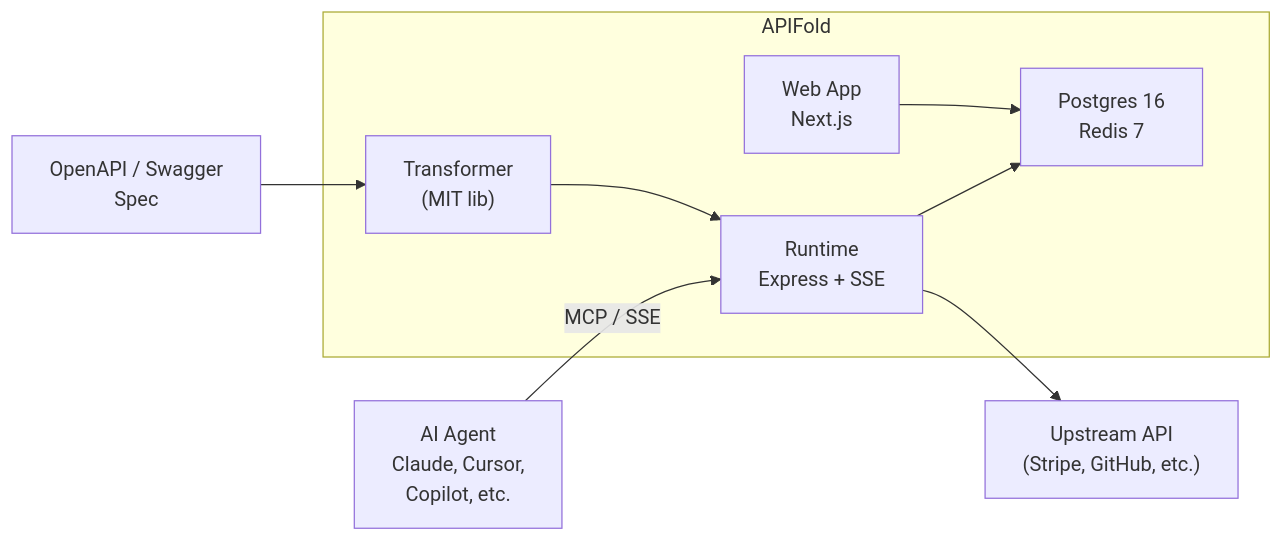
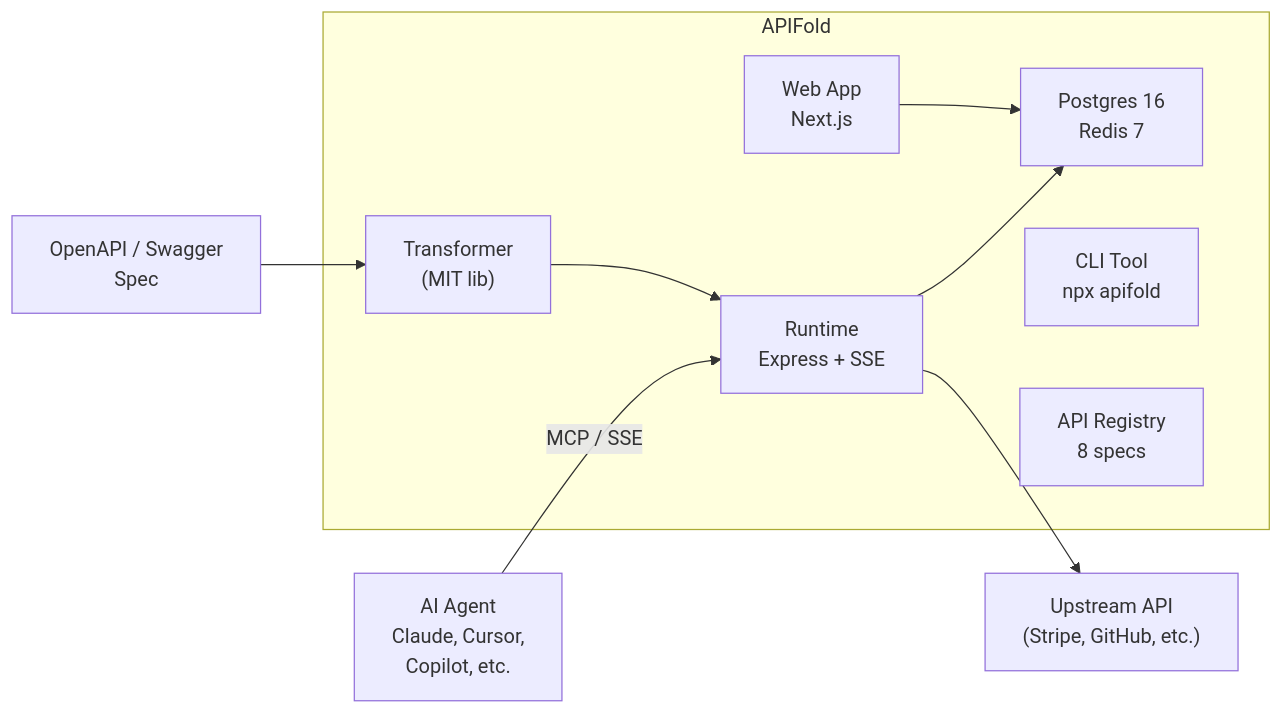
The diagram in README.md (Work90210/APIFold), drawn with Mermaid before and after one commit. The commit also changed other lines of this file, not shown here.

First line of the commit message:
docs: update README with CLI, OAuth, registry, analytics, and custom domains

````diff
--- a/README.md
+++ b/README.md
@@ -117,14 +133,16 @@
 ```mermaid
 graph LR
     Spec["OpenAPI / Swagger\nSpec"] --> Transformer
 
     subgraph MT["APIFold"]
         Transformer["Transformer\n(MIT lib)"]
         Transformer --> Runtime["Runtime\nExpress + SSE"]
         Web["Web App\nNext.js"] --> DB["Postgres 16\nRedis 7"]
         Runtime --> DB
+        CLI["CLI Tool\nnpx apifold"]
+        Registry["API Registry\n8 specs"]
     end
 
     Runtime --> Upstream["Upstream API\n(Stripe, GitHub, etc.)"]
     Agent["AI Agent\nClaude, Cursor,\nCopilot, etc."] -- "MCP / SSE" --> Runtime
 ```
````
